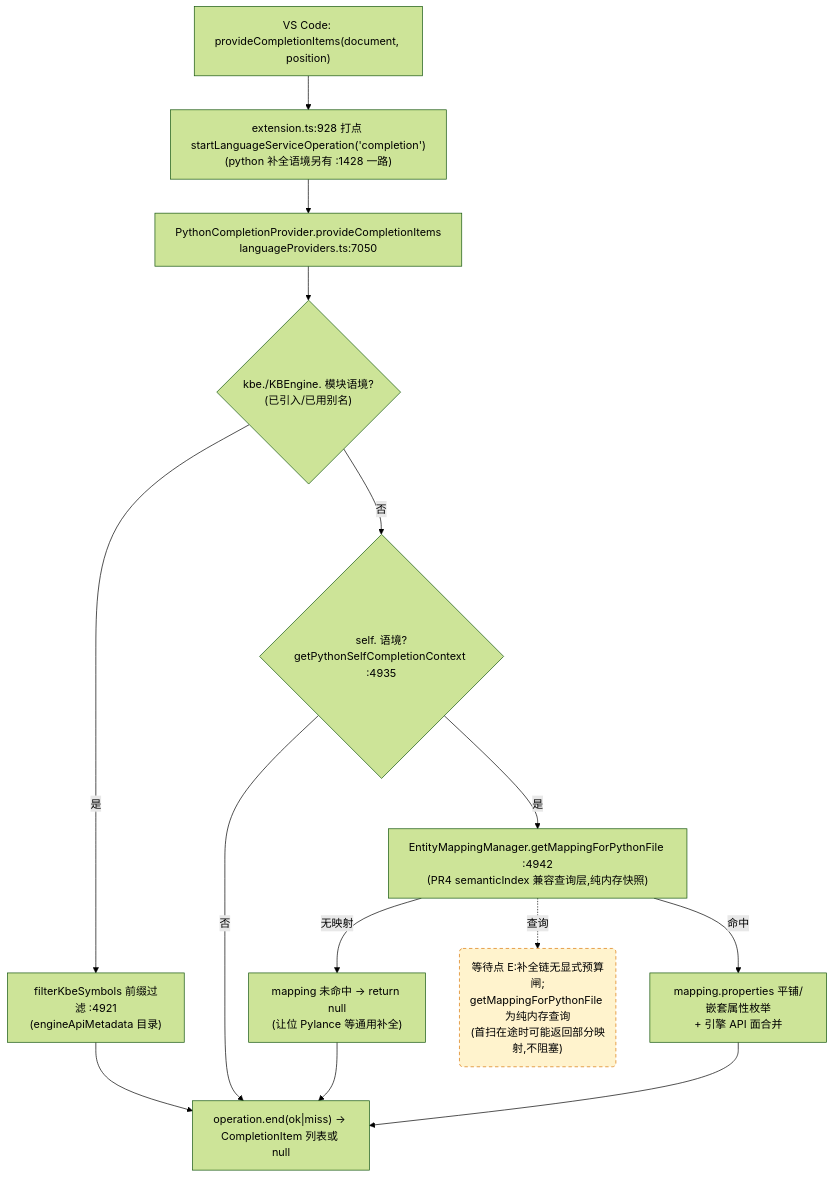
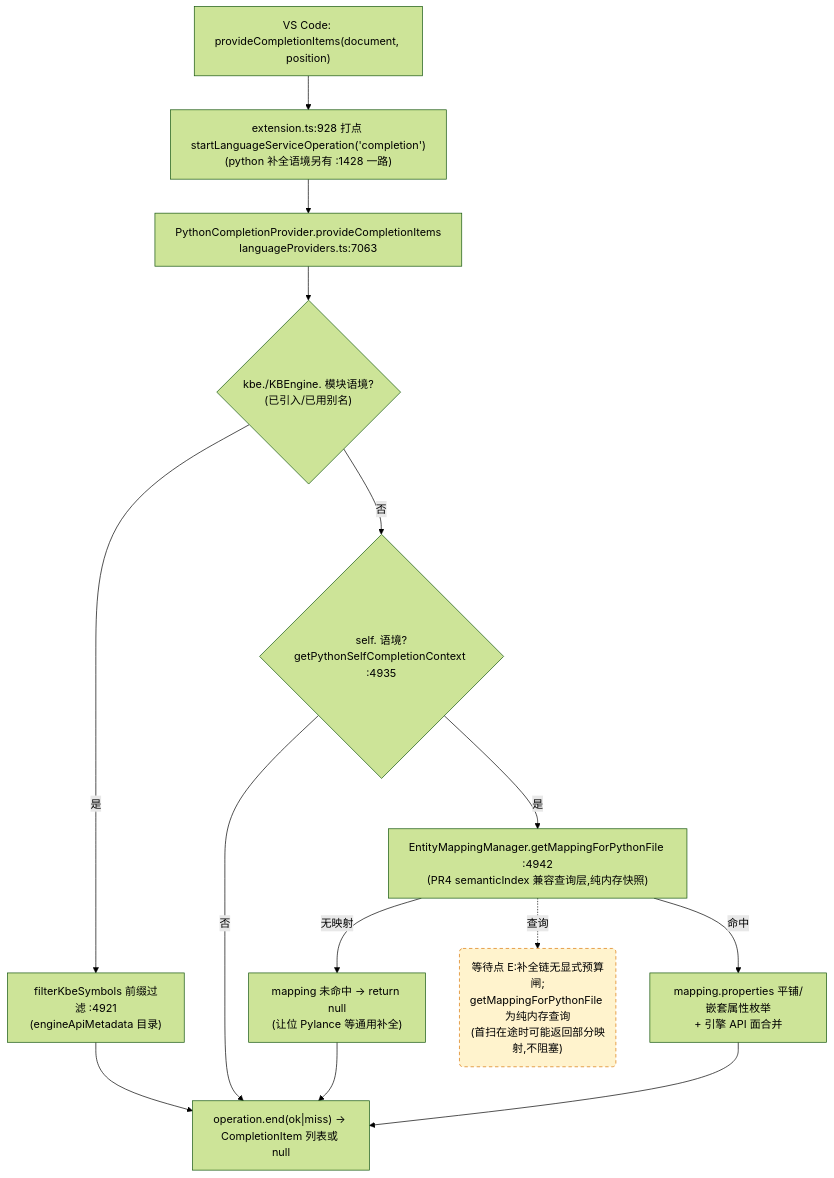
Before and after one commit to cuihairu/kode: the third of 4 diagrams in docs/perf/2026-baseline.md, drawn with Mermaid (forest theme). The commit also changed 1 other file, not shown here.

Commit message:
fix(perf): reprobe language providers anchors after KR-AUD-84 merge

````diff
--- a/docs/perf/2026-baseline.md
+++ b/docs/perf/2026-baseline.md
@@ -184,27 +184,27 @@
 ```mermaid
 flowchart TD
   VC3["VS Code: provideCompletionItems(document, position)"]
   M3["extension.ts:928 打点 startLanguageServiceOperation('completion')<br/>(python 补全语境另有 :1428 一路)"]
-  CP["PythonCompletionProvider.provideCompletionItems<br/>languageProviders.ts:7050"]
+  CP["PythonCompletionProvider.provideCompletionItems<br/>languageProviders.ts:7063"]
   KBEC{"kbe./KBEngine. 模块语境?<br/>(已引入/已用别名)"}
   FILTER["filterKbeSymbols 前缀过滤 :4921<br/>(engineApiMetadata 目录)"]
   SELFC{"self. 语境?<br/>getPythonSelfCompletionContext :4935"}
   MAP["EntityMappingManager.getMappingForPythonFile :4942<br/>(PR4 semanticIndex 兼容查询层,纯内存快照)"]
   NOMAP["mapping 未命中 → return null<br/>(让位 Pylance 等通用补全)"]
   PROPS["mapping.properties 平铺/嵌套属性枚举<br/>+ 引擎 API 面合并"]
   END3["operation.end(ok|miss) → CompletionItem 列表或 null"]
 
   VC3 --> M3 --> CP --> KBEC
   KBEC -- "是" --> FILTER --> END3
   KBEC -- "否" --> SELFC
   SELFC -- "否" --> END3
   SELFC -- "是" --> MAP
   MAP -- "无映射" --> NOMAP --> END3
   MAP -- "命中" --> PROPS --> END3
 
   WAITE("等待点 E:补全链无显式预算闸;<br/>getMappingForPythonFile 为纯内存查询<br/>(首扫在途时可能返回部分映射,不阻塞)")
   MAP -.->|查询| WAITE
 
   classDef waitPoint fill:#fff3cd,stroke:#d97706,stroke-dasharray:5 4;
   class WAITE waitPoint;
 ```
````
